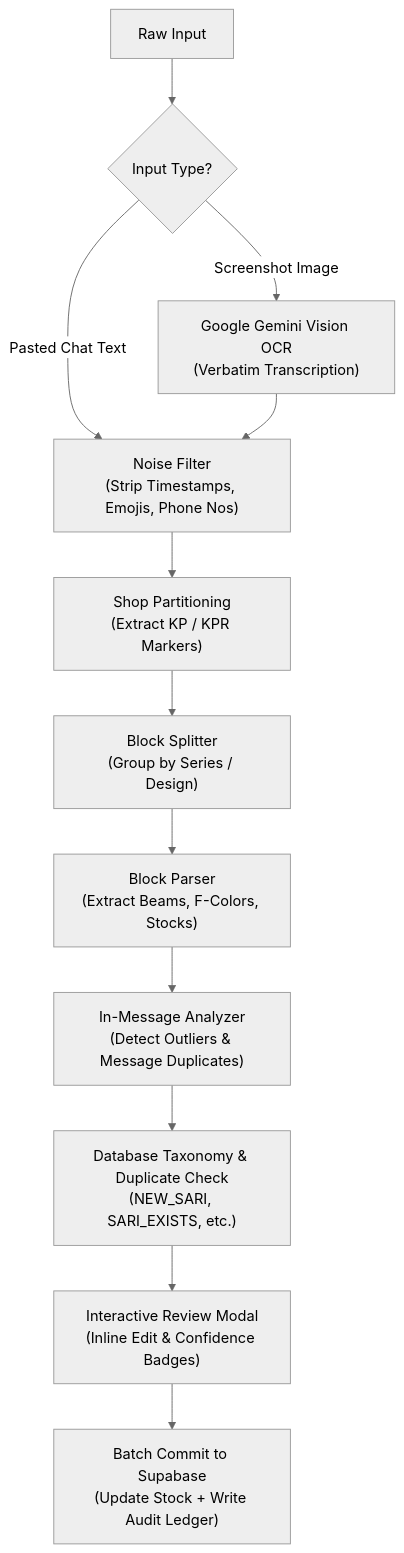
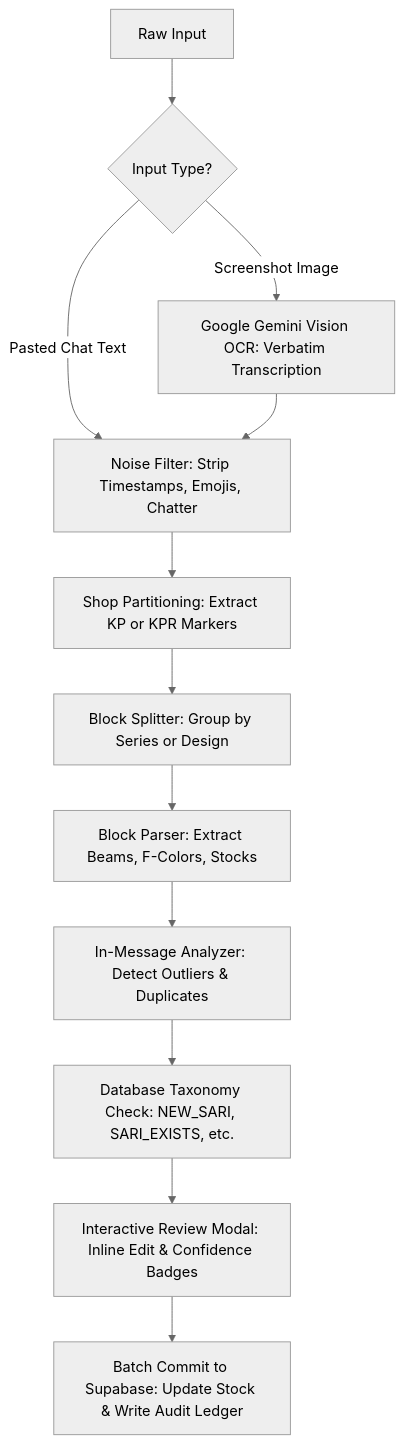
One commit to archimandani041/Saree_management changed the second of 3 diagrams in README.md. Above: the diagram before and after it, drawn with Mermaid (neutral theme). The commit also changed other lines of this file, not shown here.

````diff
--- a/README.md
+++ b/README.md
@@ -137,14 +167,14 @@
 ```mermaid
 flowchart TD
     A["Raw Input"] --> B{"Input Type?"}
-    B -- "Screenshot Image" --> C["Google Gemini Vision OCR<br/>(Verbatim Transcription)"]
-    B -- "Pasted Chat Text" --> D["Noise Filter<br/>(Strip Timestamps, Emojis, Phone Nos)"]
+    B -->|"Screenshot Image"| C["Google Gemini Vision OCR: Verbatim Transcription"]
+    B -->|"Pasted Chat Text"| D["Noise Filter: Strip Timestamps, Emojis, Chatter"]
     C --> D
-    D --> E["Shop Partitioning<br/>(Extract KP / KPR Markers)"]
-    E --> F["Block Splitter<br/>(Group by Series / Design)"]
-    F --> G["Block Parser<br/>(Extract Beams, F-Colors, Stocks)"]
-    G --> H["In-Message Analyzer<br/>(Detect Outliers & Message Duplicates)"]
-    H --> I["Database Taxonomy & Duplicate Check<br/>(NEW_SARI, SARI_EXISTS, etc.)"]
-    I --> J["Interactive Review Modal<br/>(Inline Edit & Confidence Badges)"]
-    J --> K["Batch Commit to Supabase<br/>(Update Stock + Write Audit Ledger)"]
+    D --> E["Shop Partitioning: Extract KP or KPR Markers"]
+    E --> F["Block Splitter: Group by Series or Design"]
+    F --> G["Block Parser: Extract Beams, F-Colors, Stocks"]
+    G --> H["In-Message Analyzer: Detect Outliers & Duplicates"]
+    H --> I["Database Taxonomy Check: NEW_SARI, SARI_EXISTS, etc."]
+    I --> J["Interactive Review Modal: Inline Edit & Confidence Badges"]
+    J --> K["Batch Commit to Supabase: Update Stock & Write Audit Ledger"]
 ```
````
